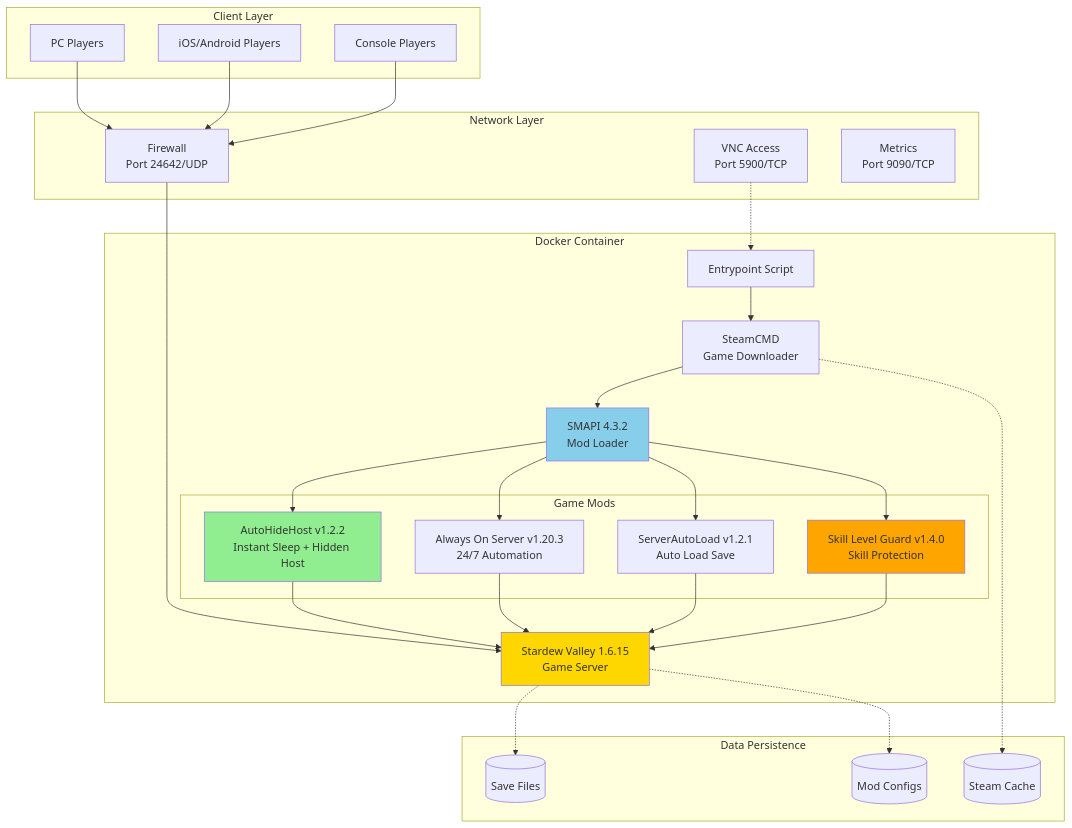
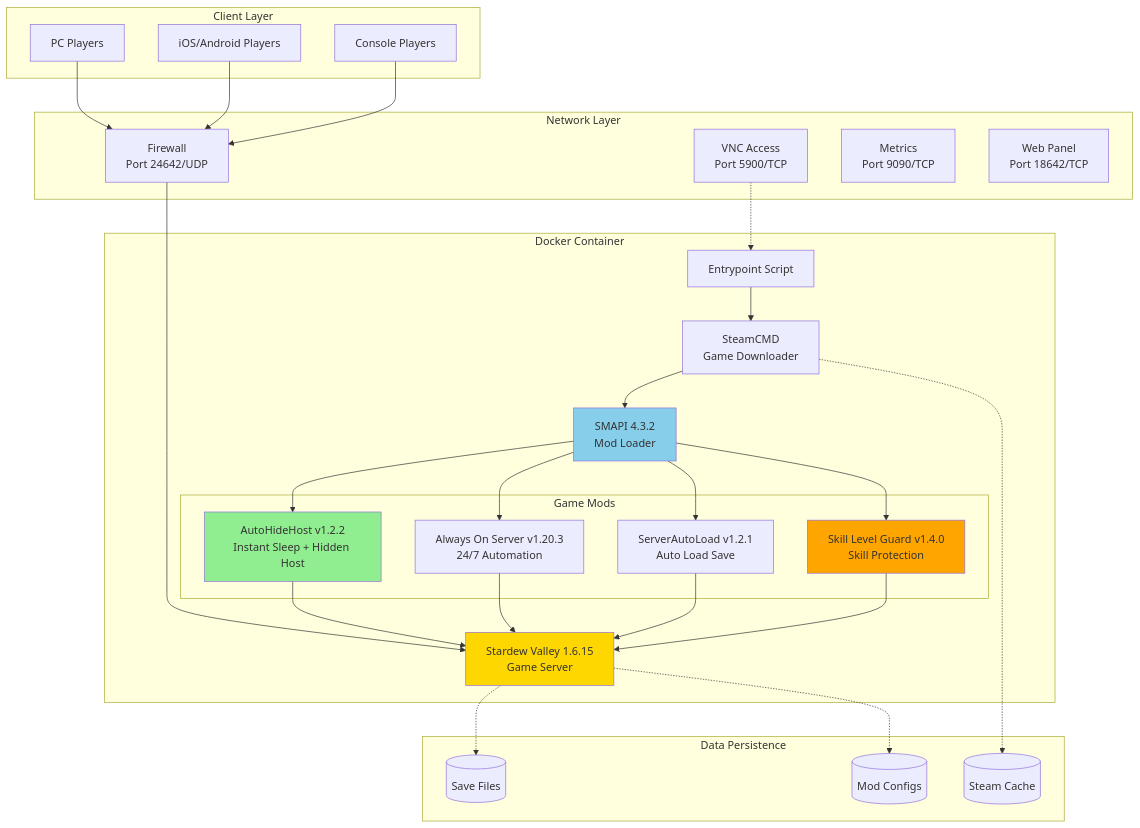
The diagram in README.md (Qiuyc18/puppy-stardew-server), drawn with Mermaid before and after one commit. The commit also changed other lines of this file and 810 other files, not shown here.

First line of the commit message:
feat: add web management panel

````diff
--- a/README.md
+++ b/README.md
@@ -32,61 +32,62 @@
 ```mermaid
 graph TB
     subgraph "Client Layer"
         PC[PC Players]
         Mobile[iOS/Android Players]
         Console[Console Players]
     end
 
     subgraph "Network Layer"
         FW[Firewall<br/>Port 24642/UDP]
         VNC[VNC Access<br/>Port 5900/TCP]
         Metrics[Metrics<br/>Port 9090/TCP]
+        WebPanel[Web Panel<br/>Port 18642/TCP]
     end
 
     subgraph "Docker Container"
         Entry[Entrypoint Script]
         Steam[SteamCMD<br/>Game Downloader]
         SMAPI[SMAPI 4.3.2<br/>Mod Loader]
 
         subgraph "Game Mods"
             AHH[AutoHideHost v1.2.2<br/>Instant Sleep + Hidden Host]
             AOS[Always On Server v1.20.3<br/>24/7 Automation]
             SAL[ServerAutoLoad v1.2.1<br/>Auto Load Save]
             SLG[Skill Level Guard v1.4.0<br/>Skill Protection]
         end
 
         Game[Stardew Valley 1.6.15<br/>Game Server]
     end
 
     subgraph "Data Persistence"
         Saves[(Save Files)]
         Config[(Mod Configs)]
         SteamData[(Steam Cache)]
     end
 
     PC --> FW
     Mobile --> FW
     Console --> FW
     FW --> Game
 
     VNC -.-> Entry
     Entry --> Steam
     Steam --> SMAPI
     SMAPI --> AHH
     SMAPI --> AOS
     SMAPI --> SAL
     SMAPI --> SLG
     AHH --> Game
     AOS --> Game
     SAL --> Game
     SLG --> Game
 
     Game -.-> Saves
     Game -.-> Config
     Steam -.-> SteamData
 
     style AHH fill:#90EE90
     style Game fill:#FFD700
     style SMAPI fill:#87CEEB
     style SLG fill:#FFA500
 ```
````
